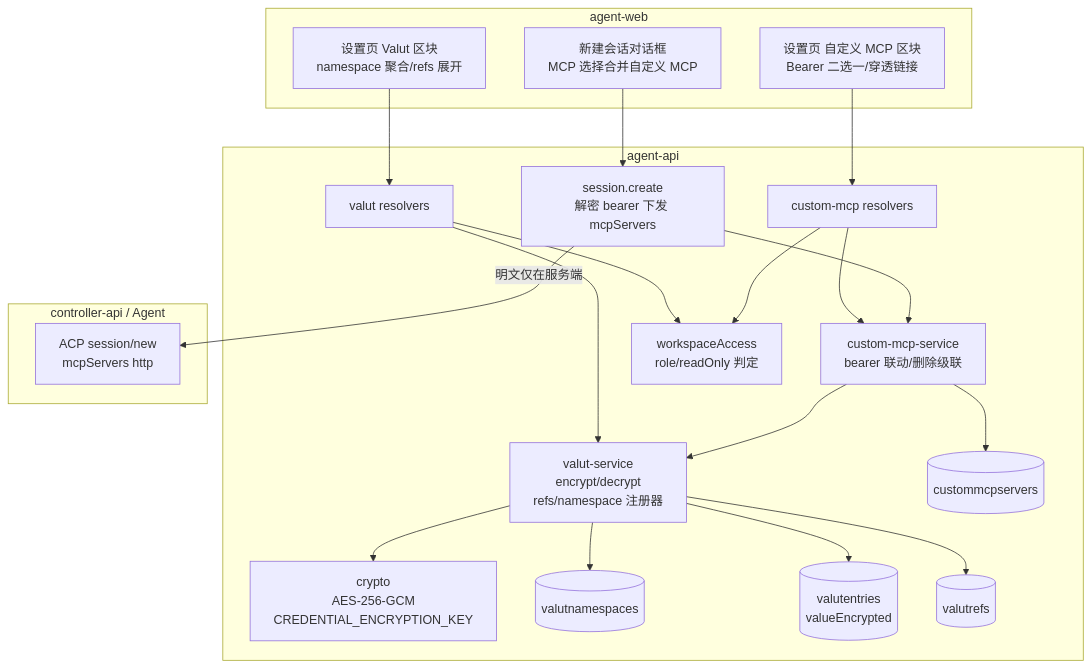
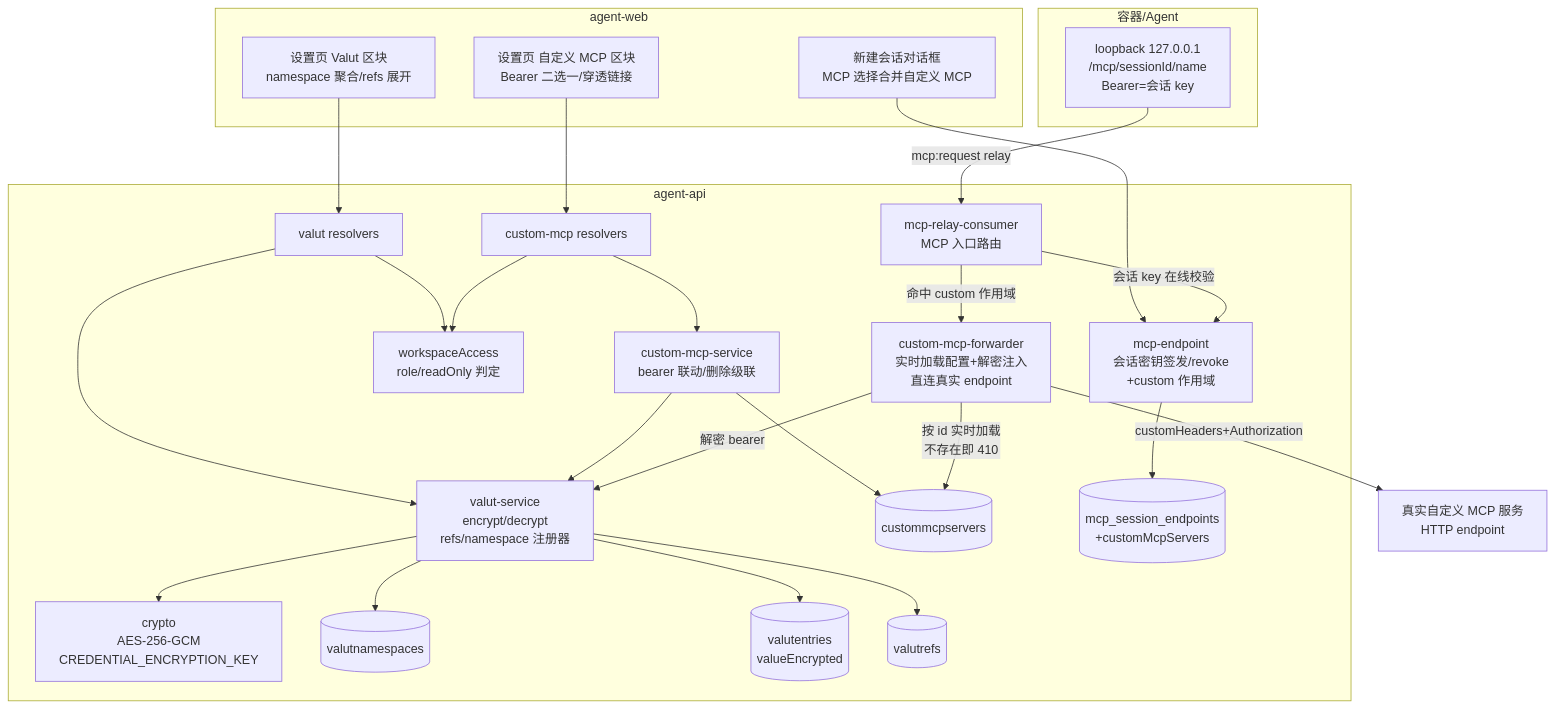
One commit to Deliay/z-agent-gear changed the first of 5 diagrams in docs/engineering/proposals/20261104-feat-mcp-valut-iteration.md. Above: the diagram before and after it, drawn with Mermaid. The commit also changed other lines of this file and 3 other files, not shown here.

````diff
--- a/docs/engineering/proposals/20261104-feat-mcp-valut-iteration.md
+++ b/docs/engineering/proposals/20261104-feat-mcp-valut-iteration.md
@@ -61,35 +69,44 @@
 ```mermaid
 graph TD
     subgraph agent-web
         VS[设置页 Valut 区块<br/>namespace 聚合/refs 展开]
         MS[设置页 自定义 MCP 区块<br/>Bearer 二选一/穿透链接]
         NS[新建会话对话框<br/>MCP 选择合并自定义 MCP]
     end
     subgraph agent-api
         VR[valut resolvers]
         MR[custom-mcp resolvers]
         VSV[valut-service<br/>encrypt/decrypt<br/>refs/namespace 注册器]
         MSV[custom-mcp-service<br/>bearer 联动/删除级联]
         WA[workspaceAccess<br/>role/readOnly 判定]
         CRY[crypto<br/>AES-256-GCM<br/>CREDENTIAL_ENCRYPTION_KEY]
-        SS[session.create<br/>解密 bearer 下发 mcpServers]
+        MEP[mcp-endpoint<br/>会话密钥签发/revoke<br/>+custom 作用域]
+        RC[mcp-relay-consumer<br/>MCP 入口路由]
+        CF[custom-mcp-forwarder<br/>实时加载配置+解密注入<br/>直连真实 endpoint]
         VN[(valutnamespaces)]
         VE[(valutentries<br/>valueEncrypted)]
         VF[(valutrefs)]
         CM[(custommcpservers)]
+        SE[(mcp_session_endpoints<br/>+customMcpServers)]
     end
-    subgraph controller-api / Agent
-        ACP[ACP session/new<br/>mcpServers http]
+    subgraph 容器/Agent
+        LB[loopback 127.0.0.1<br/>/mcp/sessionId/name<br/>Bearer=会话 key]
     end
+    EXT[真实自定义 MCP 服务<br/>HTTP endpoint]
     VS --> VR --> VSV
     MS --> MR --> MSV --> VSV
     VR --> WA
     MR --> WA
     VSV --> CRY
     VSV --> VN
     VSV --> VE
     VSV --> VF
     MSV --> CM
-    NS --> SS --> MSV
-    SS -->|明文仅在服务端| ACP
+    NS --> MEP --> SE
+    LB -->|mcp:request relay| RC
+    RC -->|会话 key 在线校验| MEP
+    RC -->|命中 custom 作用域| CF
+    CF -->|按 id 实时加载<br/>不存在即 410| CM
+    CF -->|解密 bearer| VSV
+    CF -->|customHeaders+Authorization| EXT
 ```
````
